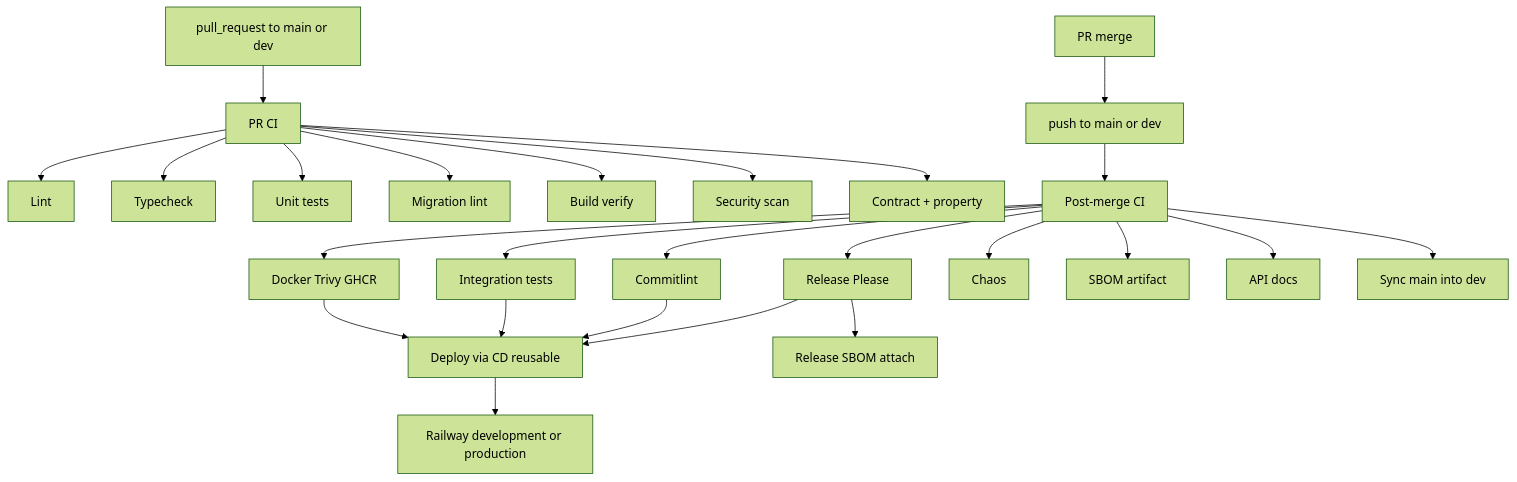
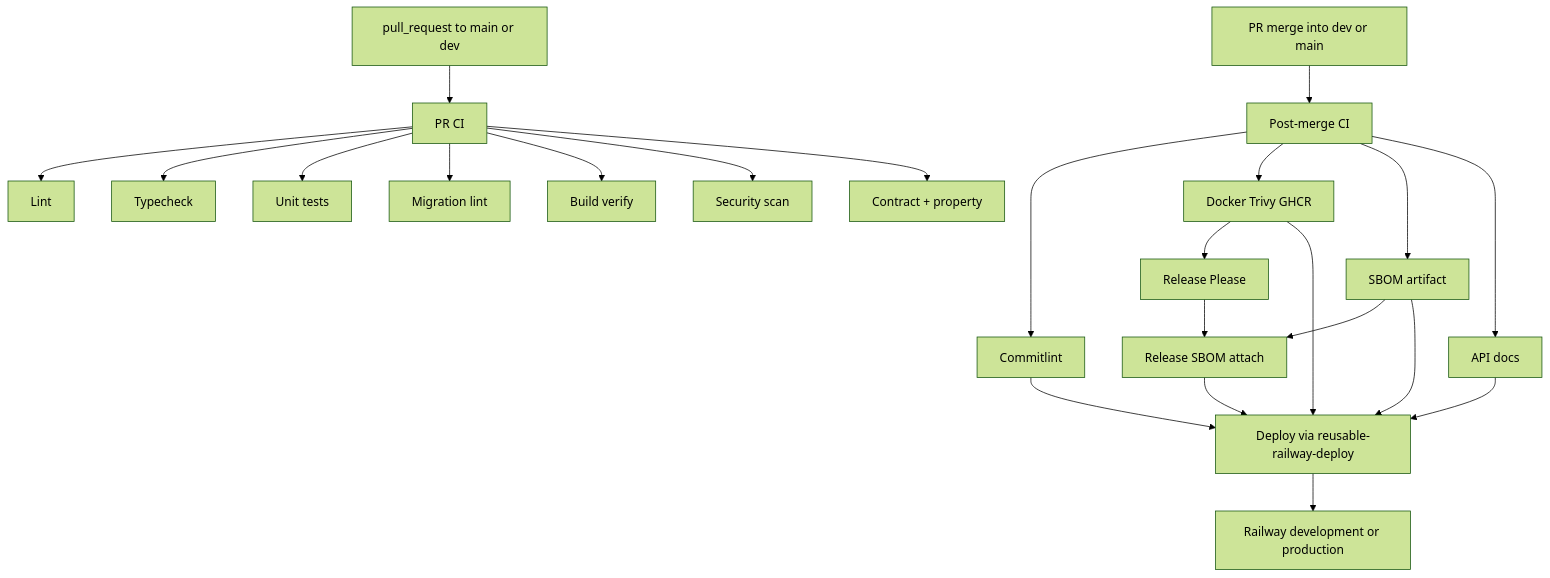
Before and after one commit to nikunjmavani/core-be: the first of 6 diagrams in docs/deployment/ci-cd/cicd-and-deployment.md, drawn with Mermaid (forest theme). The commit also changed other lines of this file and 31 other files, not shown here.

First line of the commit message:
refactor(ci): rename cd workflow, restrict post-merge to merged PRs, optimize flow (#49)

````diff
--- a/docs/deployment/ci-cd/cicd-and-deployment.md
+++ b/docs/deployment/ci-cd/cicd-and-deployment.md
@@ -11,32 +11,30 @@
 ```mermaid
 flowchart TD
   PR[pull_request to main or dev] --> PRCI[PR CI]
   PRCI --> Lint[Lint]
   PRCI --> Typecheck[Typecheck]
   PRCI --> Unit[Unit tests]
   PRCI --> MigLint[Migration lint]
   PRCI --> BuildVerify[Build verify]
   PRCI --> Sec[Security scan]
   PRCI --> Contract[Contract + property]
 
-  Merge[PR merge] --> Push[push to main or dev]
-  Push --> PostMerge[Post-merge CI]
+  Merge[PR merge into dev or main] --> PostMerge[Post-merge CI]
 
   PostMerge --> Commitlint[Commitlint]
-  PostMerge --> ReleasePlease[Release Please]
-  PostMerge --> Integration[Integration tests]
   PostMerge --> Docker[Docker Trivy GHCR]
-  PostMerge --> Chaos[Chaos]
   PostMerge --> SBOM[SBOM artifact]
   PostMerge --> APIDocs[API docs]
-  PostMerge --> SyncMain[Sync main into dev]
 
-  Docker --> Deploy[Deploy via CD reusable]
-  Integration --> Deploy
+  Docker --> ReleasePlease[Release Please]
+  ReleasePlease --> ReleaseSBOM[Release SBOM attach]
+  SBOM --> ReleaseSBOM
+  ReleaseSBOM --> Deploy[Deploy via reusable-railway-deploy]
+  Docker --> Deploy
+  SBOM --> Deploy
+  APIDocs --> Deploy
   Commitlint --> Deploy
-  ReleasePlease --> Deploy
 
   Deploy --> Railway[Railway development or production]
 
-  ReleasePlease --> ReleaseSBOM[Release SBOM attach]
 ```
````
